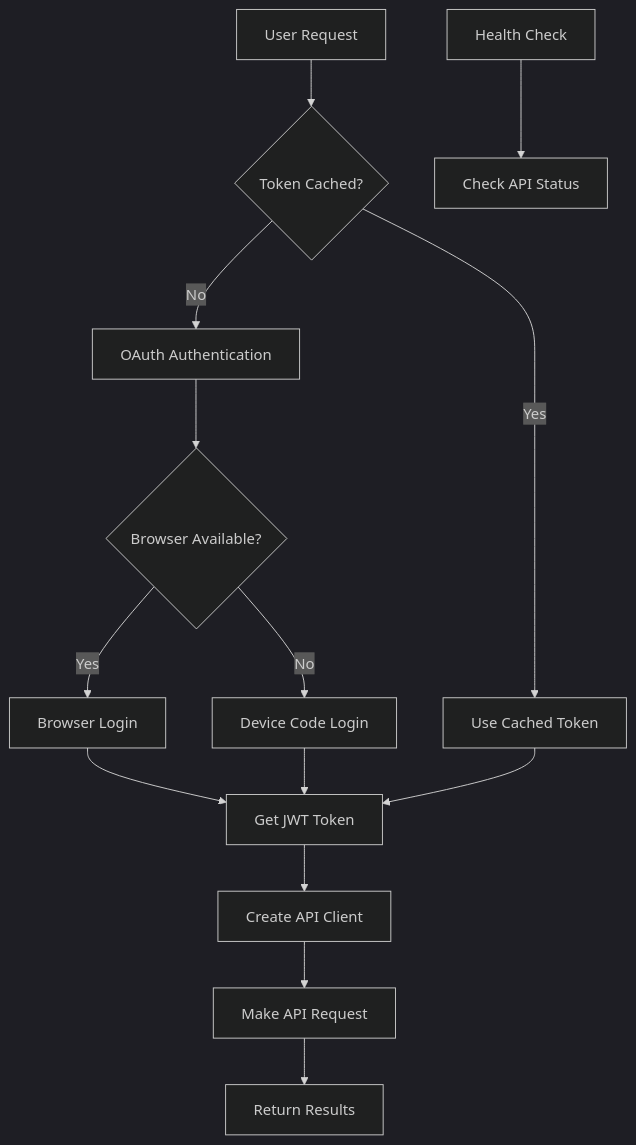
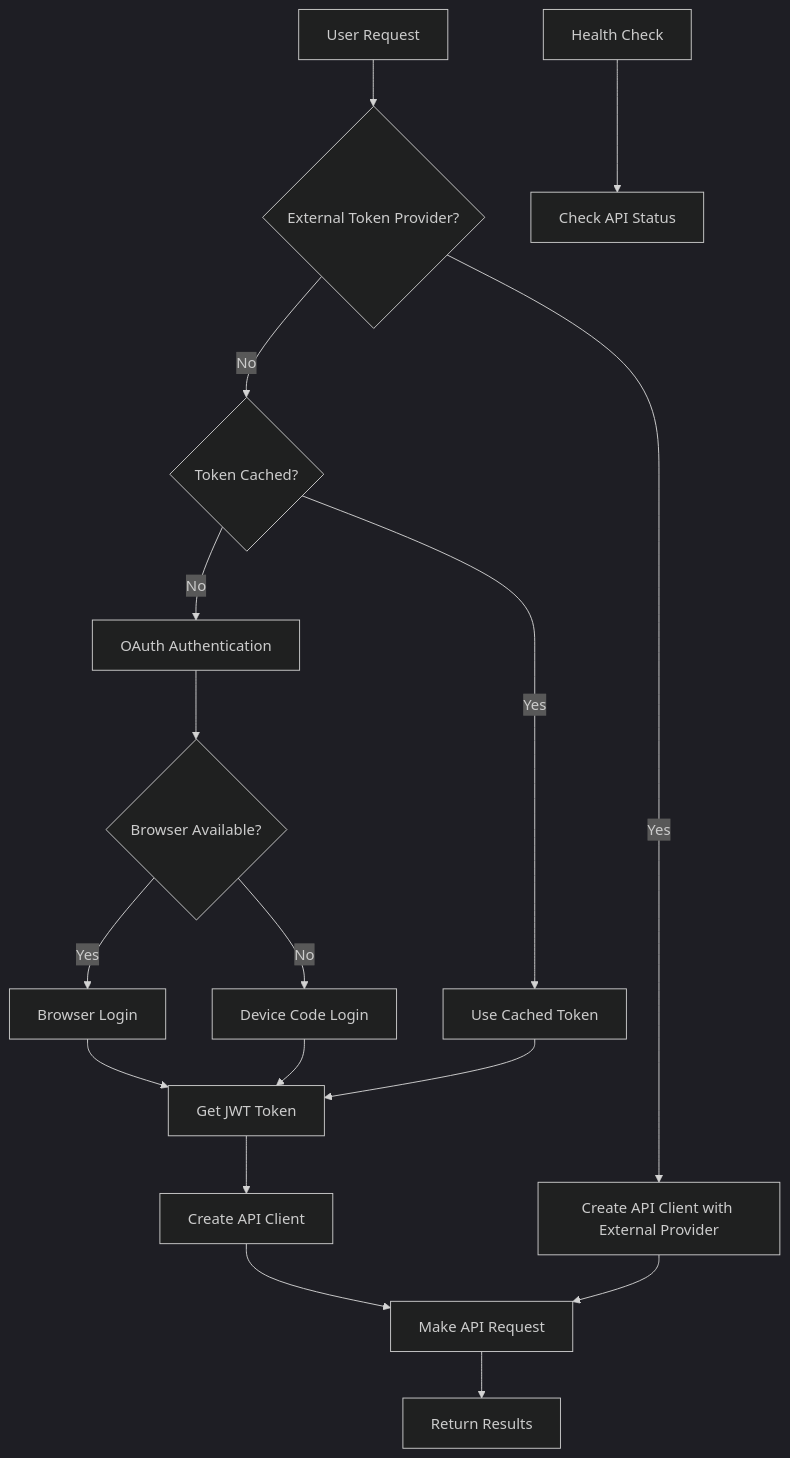
Before and after one commit to aignostics/python-sdk: the diagram in specifications/SPEC_PLATFORM_SERVICE.md, drawn with Mermaid (dark theme). The commit also changed other lines of this file and 17 other files, not shown here.

First line of the commit message:
feat(platform): support external token providers and simplify caching

````diff
--- a/specifications/SPEC_PLATFORM_SERVICE.md
+++ b/specifications/SPEC_PLATFORM_SERVICE.md
@@ -203,20 +204,23 @@
 ```mermaid
 graph TD
-   A[User Request] --> B{Token Cached?}
+   A[User Request] --> X{External Token Provider?}
+   X -->|Yes| I_ext[Create API Client with External Provider]
+   X -->|No| B{Token Cached?}
    B -->|Yes| C[Use Cached Token]
    B -->|No| D[OAuth Authentication]
 
    D --> E{Browser Available?}
    E -->|Yes| F[Browser Login]
    E -->|No| G[Device Code Login]
 
    F --> H[Get JWT Token]
    G --> H
    C --> H
 
    H --> I[Create API Client]
    I --> J[Make API Request]
+   I_ext --> J
    J --> K[Return Results]
 
    L[Health Check] --> M[Check API Status]
 ```
````
